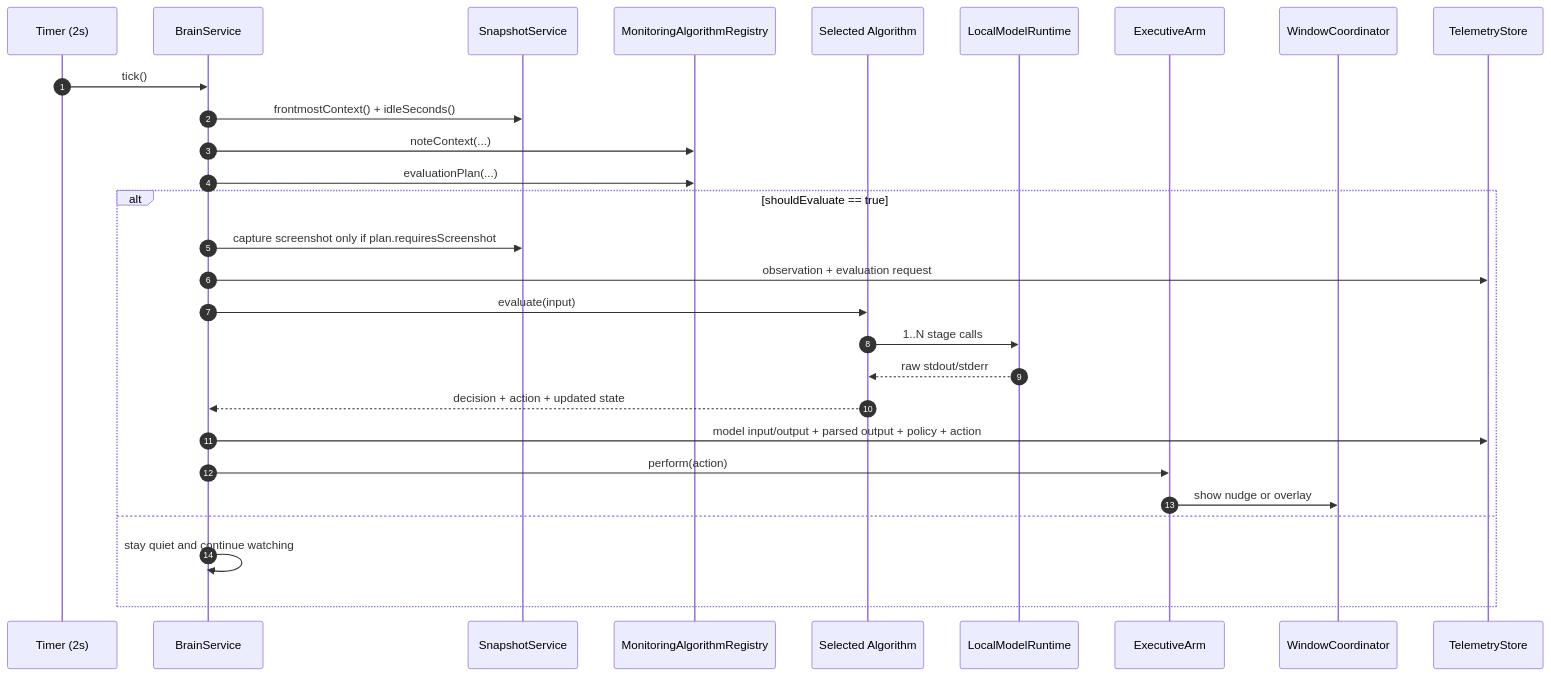
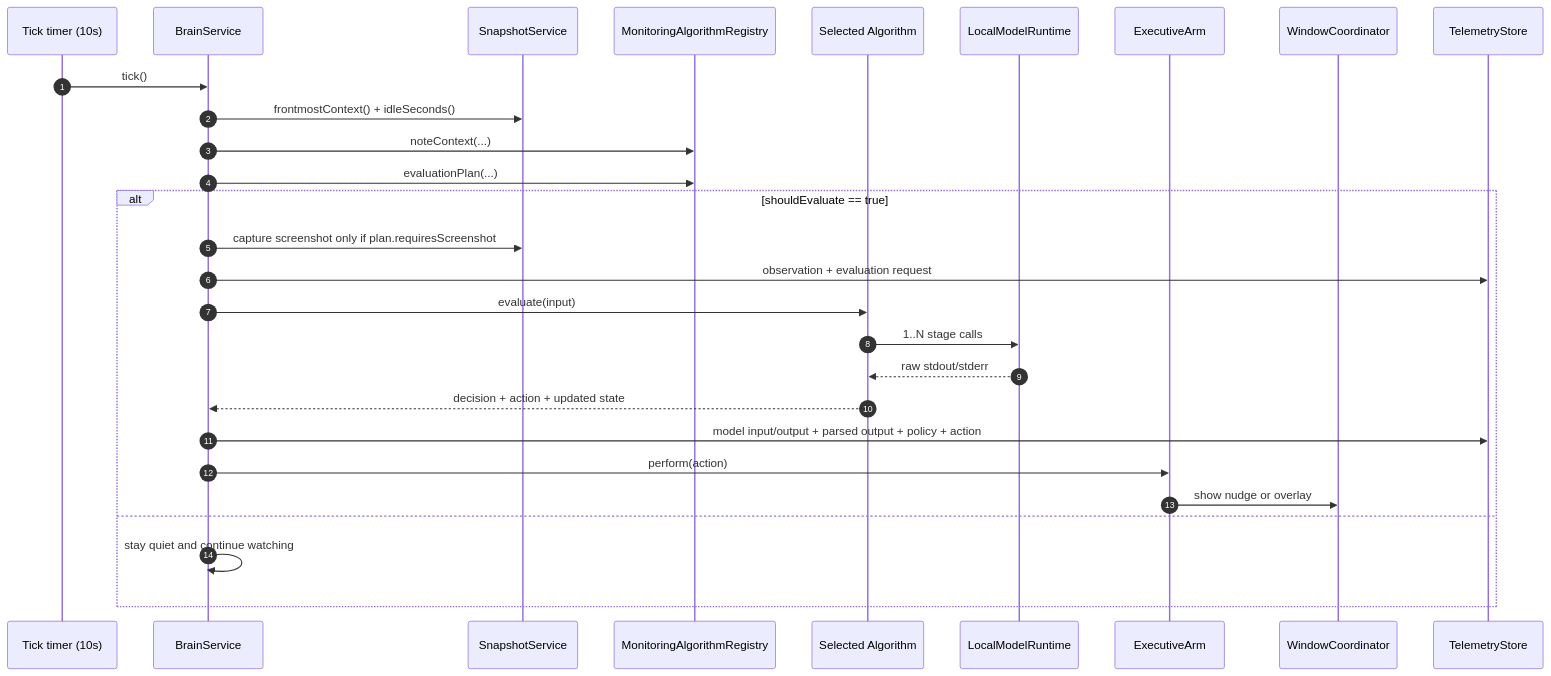
One commit to strjonas/AccountyCat changed the second of 3 diagrams in docs/system-overview.md. Above: the diagram before and after it, drawn with Mermaid. The commit also changed other lines of this file and 7 other files, not shown here.

````diff
--- a/docs/system-overview.md
+++ b/docs/system-overview.md
@@ -98,31 +98,31 @@
 ```mermaid
 sequenceDiagram
     autonumber
-    participant Timer as Timer (2s)
+    participant Timer as Tick timer (10s)
     participant Brain as BrainService
     participant Snap as SnapshotService
     participant Reg as MonitoringAlgorithmRegistry
     participant Algo as Selected Algorithm
     participant LLM as LocalModelRuntime
     participant Exec as ExecutiveArm
     participant UI as WindowCoordinator
     participant Tele as TelemetryStore
 
     Timer->>Brain: tick()
     Brain->>Snap: frontmostContext() + idleSeconds()
     Brain->>Reg: noteContext(...)
     Brain->>Reg: evaluationPlan(...)
     alt shouldEvaluate == true
         Brain->>Snap: capture screenshot only if plan.requiresScreenshot
         Brain->>Tele: observation + evaluation request
         Brain->>Algo: evaluate(input)
         Algo->>LLM: 1..N stage calls
         LLM-->>Algo: raw stdout/stderr
         Algo-->>Brain: decision + action + updated state
         Brain->>Tele: model input/output + parsed output + policy + action
         Brain->>Exec: perform(action)
         Exec->>UI: show nudge or overlay
     else
         Brain->>Brain: stay quiet and continue watching
     end
 ```
````
